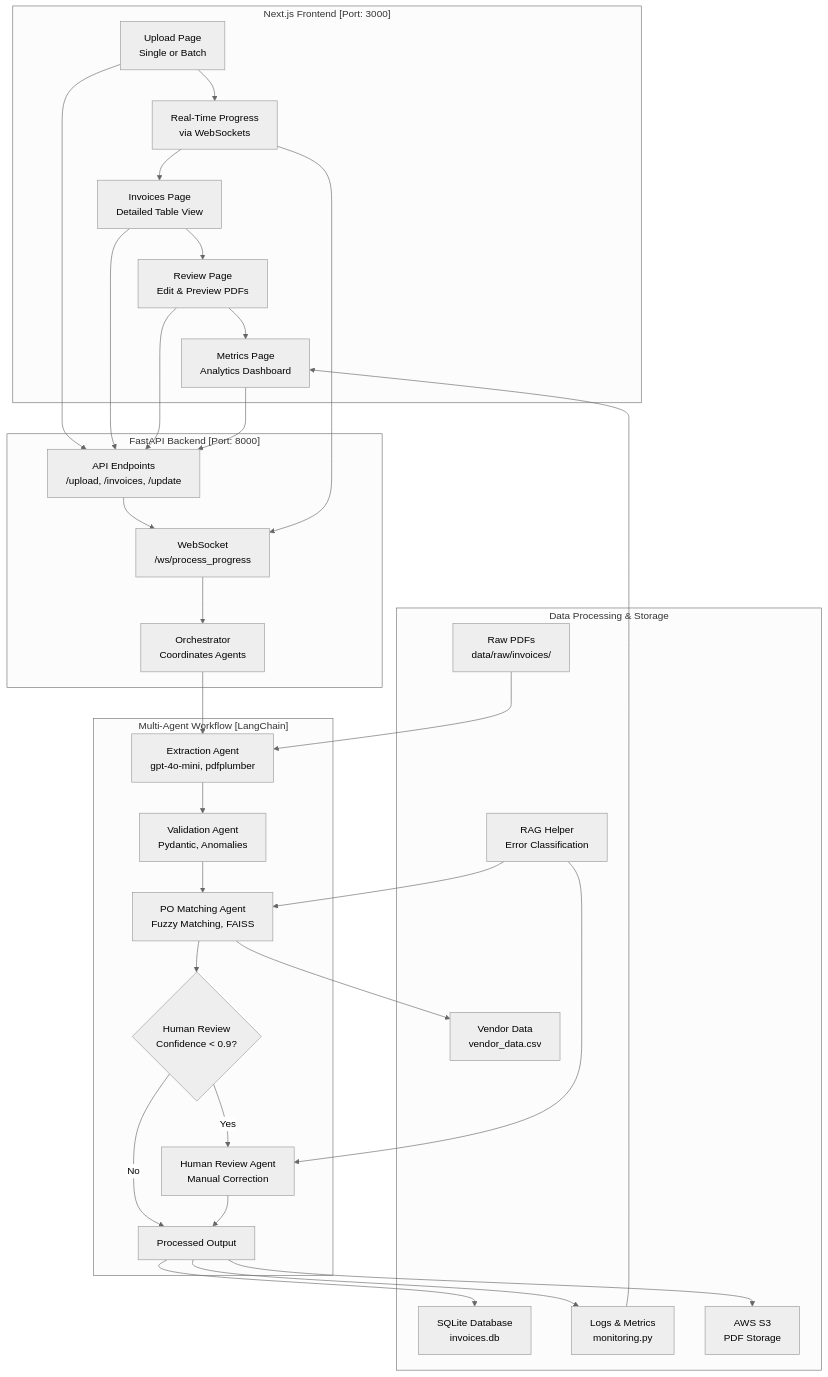
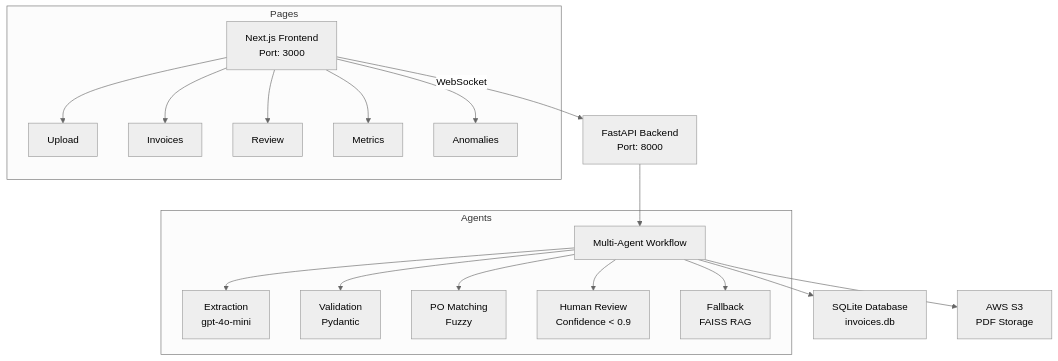
Before and after one commit to YanCotta/agentic_invoice_system_final_version: the diagram in README.md, drawn with Mermaid (neutral theme). The commit also changed other lines of this file, not shown here.

````diff
--- a/README.md
+++ b/README.md
@@ -346,42 +174,21 @@
 ```mermaid
 flowchart TD
-    subgraph "Next.js Frontend [Port: 3000]"
-        A1[Upload Page<br>Single or Batch] --> A2[Real-Time Progress<br>via WebSockets]
-        A2 --> A3[Invoices Page<br>Detailed Table View]
-        A3 --> A4[Review Page<br>Edit & Preview PDFs]
-        A4 --> A5[Metrics Page<br>Analytics Dashboard]
+    A[Next.js Frontend<br>Port: 3000] -->|WebSocket| B[FastAPI Backend<br>Port: 8000]
+    B --> C[Multi-Agent Workflow]
+    C --> D[SQLite Database<br>invoices.db]
+    C --> E[AWS S3<br>PDF Storage]
+    subgraph Pages
+        A --> A1[Upload]
+        A --> A2[Invoices]
+        A --> A3[Review]
+        A --> A4[Metrics]
+        A --> A5[Anomalies]
     end
-
-    subgraph "FastAPI Backend [Port: 8000]"
-        B1[API Endpoints<br>/upload, /invoices, /update] --> B2[WebSocket<br>/ws/process_progress]
-        B2 --> B3[Orchestrator<br>Coordinates Agents]
+    subgraph Agents
+        C --> C1[Extraction<br>gpt-4o-mini]
+        C --> C2[Validation<br>Pydantic]
+        C --> C3[PO Matching<br>Fuzzy]
+        C --> C4[Human Review<br>Confidence < 0.9]
+        C --> C5[Fallback<br>FAISS RAG]
     end
-
-    subgraph "Multi-Agent Workflow [LangChain]"
-        C1[Extraction Agent<br>gpt-4o-mini, pdfplumber] --> C2[Validation Agent<br>Pydantic, Anomalies]
-        C2 --> C3[PO Matching Agent<br>Fuzzy Matching, FAISS]
-        C3 --> C4{Human Review<br>Confidence < 0.9?}
-        C4 -->|Yes| C5[Human Review Agent<br>Manual Correction]
-        C4 -->|No| C6[Processed Output]
-        C5 --> C6
-    end
-
-    subgraph "Data Processing & Storage"
-        D1[RAG Helper<br>Error Classification] --> C3
-        D2[Raw PDFs<br>data/raw/invoices/] --> C1
-        C6 --> D3[SQLite Database<br>invoices.db]
-        C3 --> D4[Vendor Data<br>vendor_data.csv]
-        C6 --> D5[Logs & Metrics<br>monitoring.py]
-        C6 --> D6[AWS S3<br>PDF Storage]
-    end
-
-    %% Connections
-    A1 --> B1
-    A2 --> B2
-    A3 --> B1
-    A4 --> B1
-    A5 --> B1
-    B3 --> C1
-    D1 --> C5
-    D5 --> A5
 ```
````
